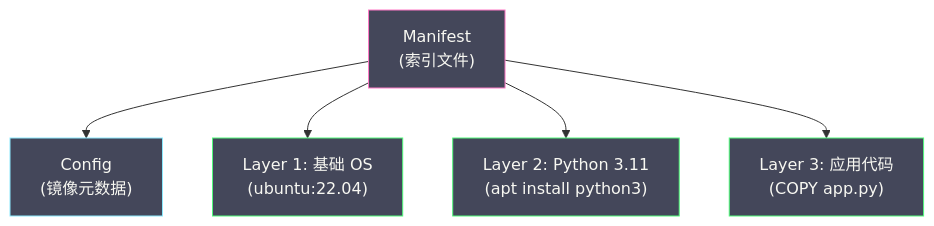
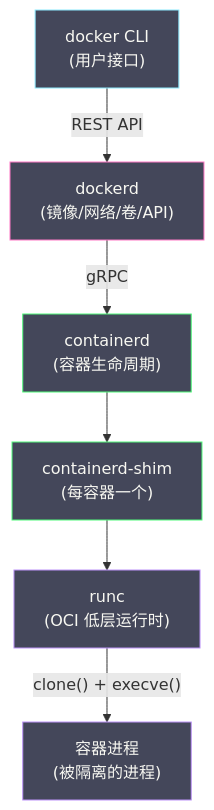
One commit to hpliStartAgain/my-brain changed the third of 5 diagrams in content/云原生/Docker/01 容器的本质——从进程隔离到 OCI 标准.md. Above: the diagram before and after it, drawn with Mermaid. The commit also changed other lines of this file and 47 other files, not shown here.

````diff
--- a/content/云原生/Docker/01 容器的本质——从进程隔离到 OCI 标准.md
+++ b/content/云原生/Docker/01 容器的本质——从进程隔离到 OCI 标准.md
@@ -312,22 +330,26 @@
 ```mermaid
 %%{init: {'theme': 'dracula'}}%%
 graph TD
-    MANIFEST["Manifest</br>(索引文件)"]
-    CONFIG["Config</br>(镜像元数据)"]
-    L1["Layer 1: 基础 OS</br>(ubuntu:22.04)"]
-    L2["Layer 2: Python 3.11</br>(apt install python3)"]
-    L3["Layer 3: 应用代码</br>(COPY app.py)"]
+    CLI["docker CLI</br>(用户接口)"]
+    DAEMON["dockerd</br>(镜像/网络/卷/API)"]
+    CTRD["containerd</br>(容器生命周期)"]
+    SHIM["containerd-shim</br>(每容器一个)"]
+    RUNC["runc</br>(OCI 低层运行时)"]
+    CONTAINER["容器进程</br>(被隔离的进程)"]
 
-    MANIFEST --> CONFIG
-    MANIFEST --> L1
-    MANIFEST --> L2
-    MANIFEST --> L3
+    CLI -->|"REST API"| DAEMON
+    DAEMON -->|"gRPC"| CTRD
+    CTRD --> SHIM
+    SHIM --> RUNC
+    RUNC -->|"clone() + execve()"| CONTAINER
 
-    classDef manifest fill:#44475a,stroke:#ff79c6,color:#f8f8f2
-    classDef config fill:#44475a,stroke:#8be9fd,color:#f8f8f2
-    classDef layer fill:#44475a,stroke:#50fa7b,color:#f8f8f2
+    classDef cli fill:#44475a,stroke:#8be9fd,color:#f8f8f2
+    classDef daemon fill:#44475a,stroke:#ff79c6,color:#f8f8f2
+    classDef runtime fill:#44475a,stroke:#50fa7b,color:#f8f8f2
+    classDef container fill:#44475a,stroke:#bd93f9,color:#f8f8f2
 
-    class MANIFEST manifest
-    class CONFIG config
-    class L1,L2,L3 layer
+    class CLI cli
+    class DAEMON daemon
+    class CTRD,SHIM runtime
+    class RUNC,CONTAINER container
 ```
````
